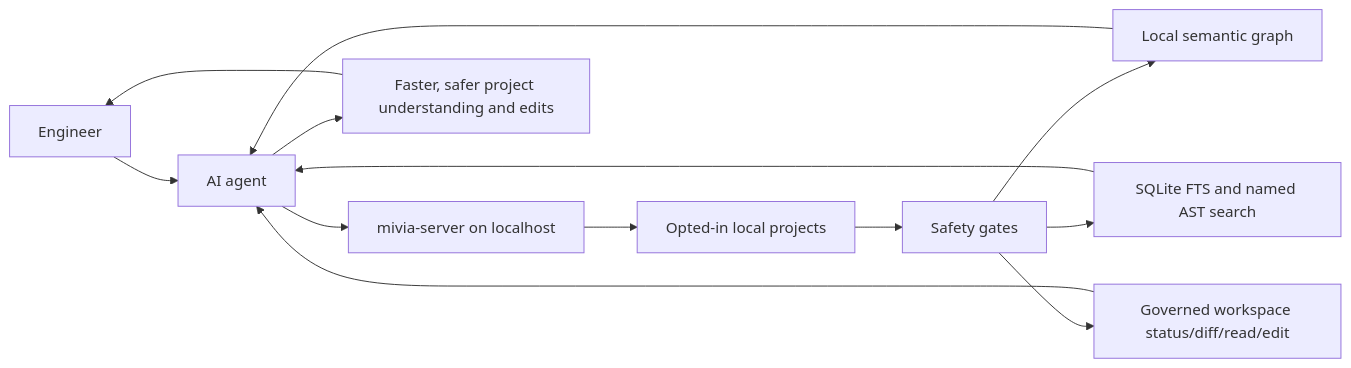
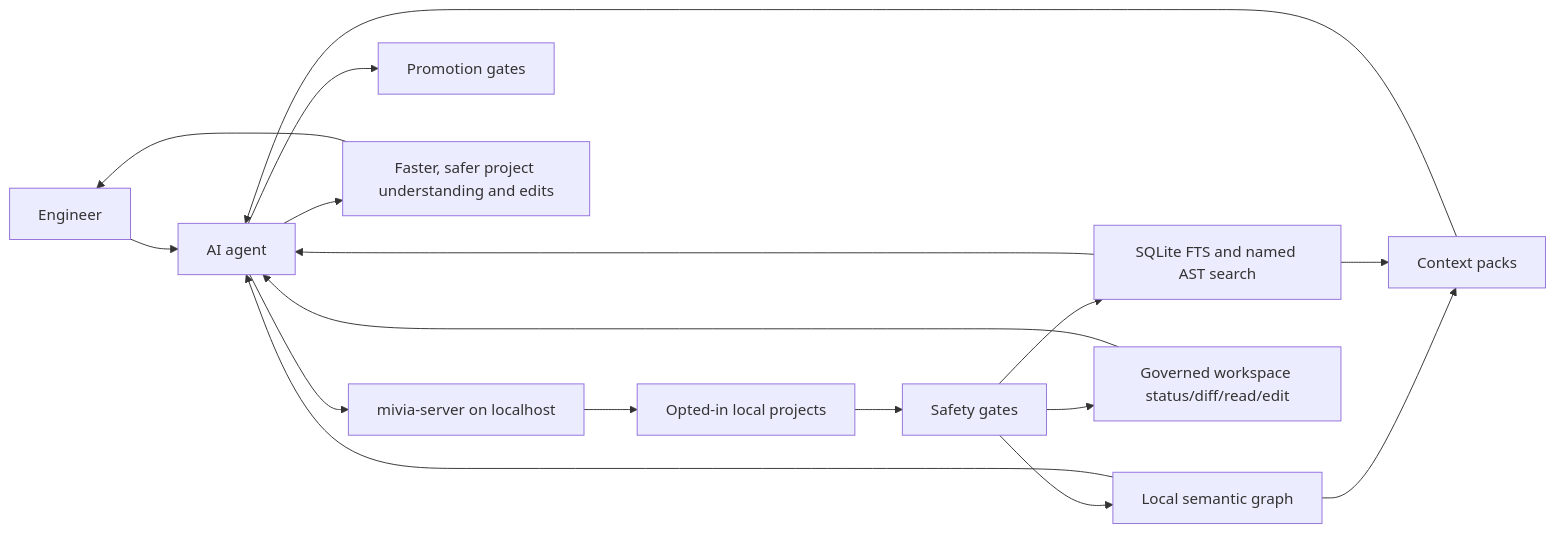
Before and after one commit to MiviaLabs/go-mivia: the diagram in docs/business-overview.md, drawn with Mermaid. The commit also changed other lines of this file and 30 other files, not shown here.

Commit message:
Add context packs and promotion gates

````diff
--- a/docs/business-overview.md
+++ b/docs/business-overview.md
@@ -11,25 +11,31 @@
 ```mermaid
 flowchart LR
   Engineer["Engineer"]
   Agent["AI agent"]
   Server["mivia-server on localhost"]
   Projects["Opted-in local projects"]
   Safety["Safety gates"]
   Graph["Local semantic graph"]
   Search["SQLite FTS and named AST search"]
+  ContextPack["Context packs"]
+  Promotion["Promotion gates"]
   Workspace["Governed workspace status/diff/read/edit"]
   Outcome["Faster, safer project understanding and edits"]
 
   Engineer --> Agent
   Agent --> Server
   Server --> Projects
   Projects --> Safety
   Safety --> Graph
   Safety --> Search
+  Graph --> ContextPack
+  Search --> ContextPack
+  ContextPack --> Agent
+  Agent --> Promotion
   Safety --> Workspace
   Graph --> Agent
   Search --> Agent
   Workspace --> Agent
   Agent --> Outcome
   Outcome --> Engineer
 ```
````
